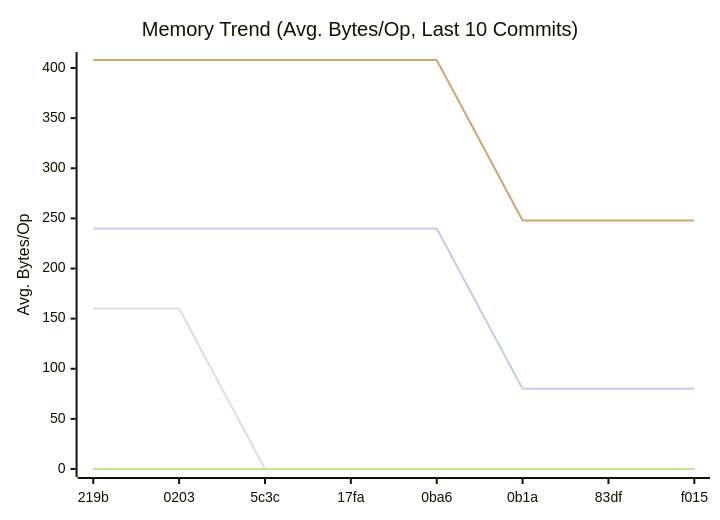
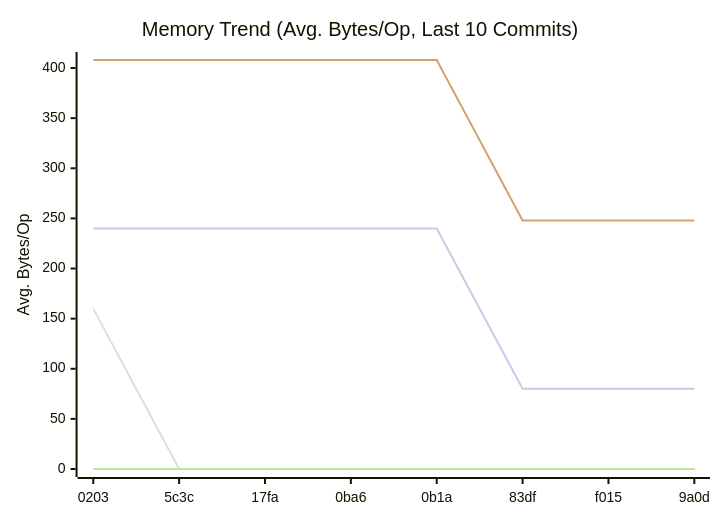
Before and after one commit to alsotoes/momo: the second of 3 diagrams in docs/README.md, drawn with Mermaid. The commit also changed other lines of this file and 1 other file, not shown here.

````diff
--- a/docs/README.md
+++ b/docs/README.md
@@ -203,14 +203,14 @@
 ```mermaid
 xychart-beta
     title "Memory Trend (Avg. Bytes/Op, Last 10 Commits)"
     x-axis "Commit"
     y-axis "Avg. Bytes/Op"
-    x-axis [219b,0203,5c3c,17fa,0ba6,0b1a,83df,f015]
+    x-axis [0203,5c3c,17fa,0ba6,0b1a,83df,f015,9a0d]
     line "CheckMetricsAndSwap" [0,0,0,0,0,0,0,0,0,0]
     line "IndexDirectTracking" [0,0,0,0,0,0,0,0,0,0]
     line "IndexSearch" [0,0,0,0,0,0,0,0,0,0]
-    line "LoadGlobalConfig" [160,160,0,0,0,0,0,0,0,0]
+    line "LoadGlobalConfig" [160,0,0,0,0,0,0,0,0,0]
     line "PadString" [0,0,0,0,0,0,0,0,0,0]
     line "ParseReplicationOrder_NoPrealloc" [408,408,408,408,408,248,248,248,248,248]
     line "ParseReplicationOrder_Prealloc" [240,240,240,240,240,80,80,80,80,80]
 ```
````
